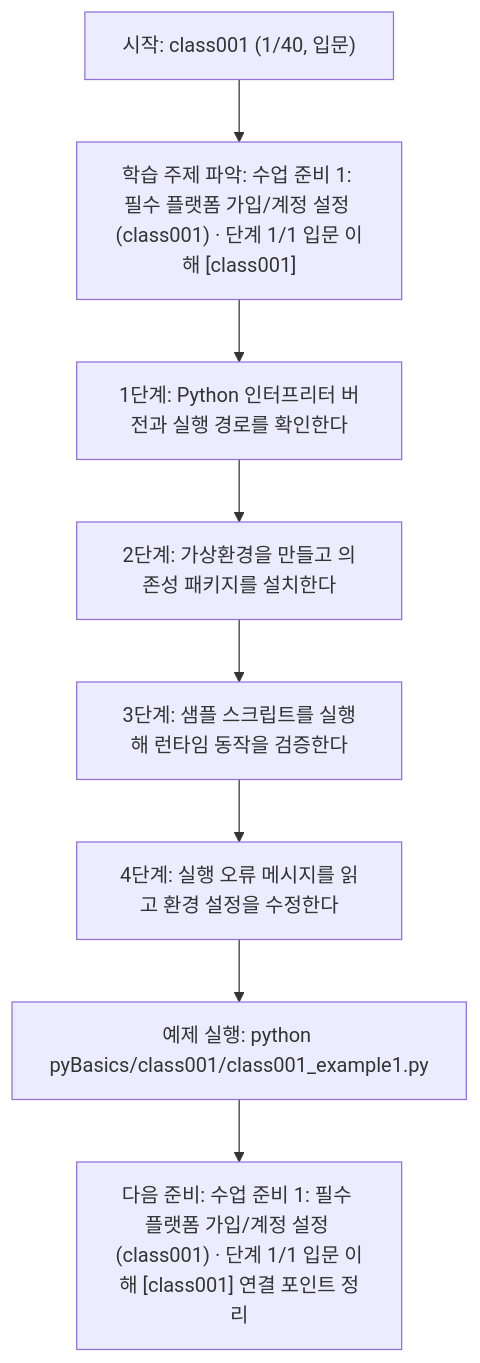
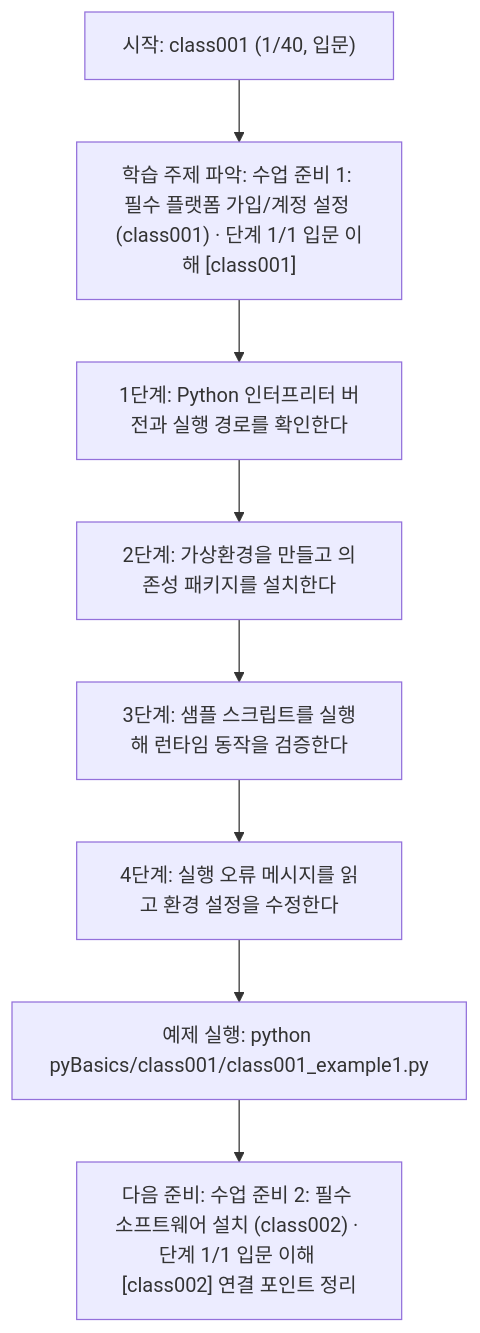
Before and after one commit to edumgt/Python-AI_Agent-Class: the diagram in pyBasics/class001/class001.md, drawn with Mermaid. The commit also changed other lines of this file and 2370 other files, not shown here.

````diff
--- a/pyBasics/class001/class001.md
+++ b/pyBasics/class001/class001.md
@@ -130,18 +91,18 @@
 ```mermaid
 flowchart TD
 N1["시작: class001 (1/40, 입문)"]
 N2["학습 주제 파악: 수업 준비 1: 필수 플랫폼 가입/계정 설정 (class001) · 단계 1/1 입문 이해 [class001]"]
 N3["1단계: Python 인터프리터 버전과 실행 경로를 확인한다"]
 N4["2단계: 가상환경을 만들고 의존성 패키지를 설치한다"]
 N5["3단계: 샘플 스크립트를 실행해 런타임 동작을 검증한다"]
 N6["4단계: 실행 오류 메시지를 읽고 환경 설정을 수정한다"]
 N7["예제 실행: python pyBasics/class001/class001_example1.py"]
-N8["다음 준비: 수업 준비 1: 필수 플랫폼 가입/계정 설정 (class001) · 단계 1/1 입문 이해 [class001] 연결 포인트 정리"]
+N8["다음 준비: 수업 준비 2: 필수 소프트웨어 설치 (class002) · 단계 1/1 입문 이해 [class002] 연결 포인트 정리"]
 N1 --> N2
 N2 --> N3
 N3 --> N4
 N4 --> N5
 N5 --> N6
 N6 --> N7
 N7 --> N8
 ```
````
